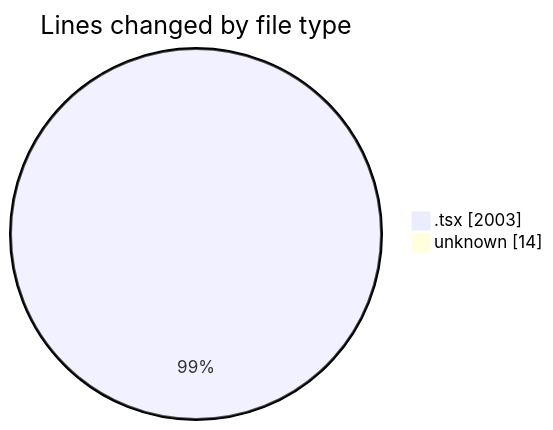
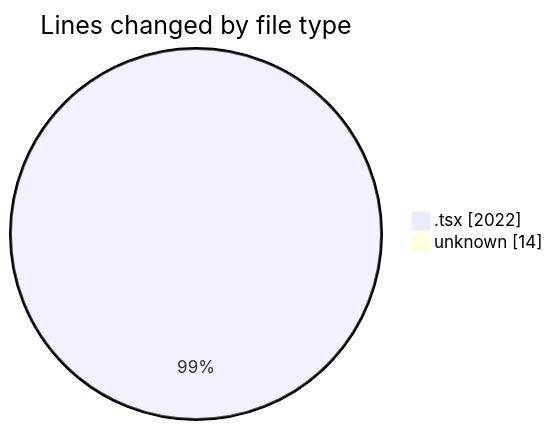
Before and after one commit to JenPaints/code-tracking: the first of 2 diagrams in 2025-05-29/kimberly-groups/README.md, drawn with Mermaid. The commit also changed other lines of this file and 1 other file, not shown here.

````diff
--- a/2025-05-29/kimberly-groups/README.md
+++ b/2025-05-29/kimberly-groups/README.md
@@ -27,6 +27,6 @@
 ```mermaid
 pie showData
 title Lines changed by file type
-".tsx" : 2003
+".tsx" : 2022
 "unknown" : 14
 ```
````
